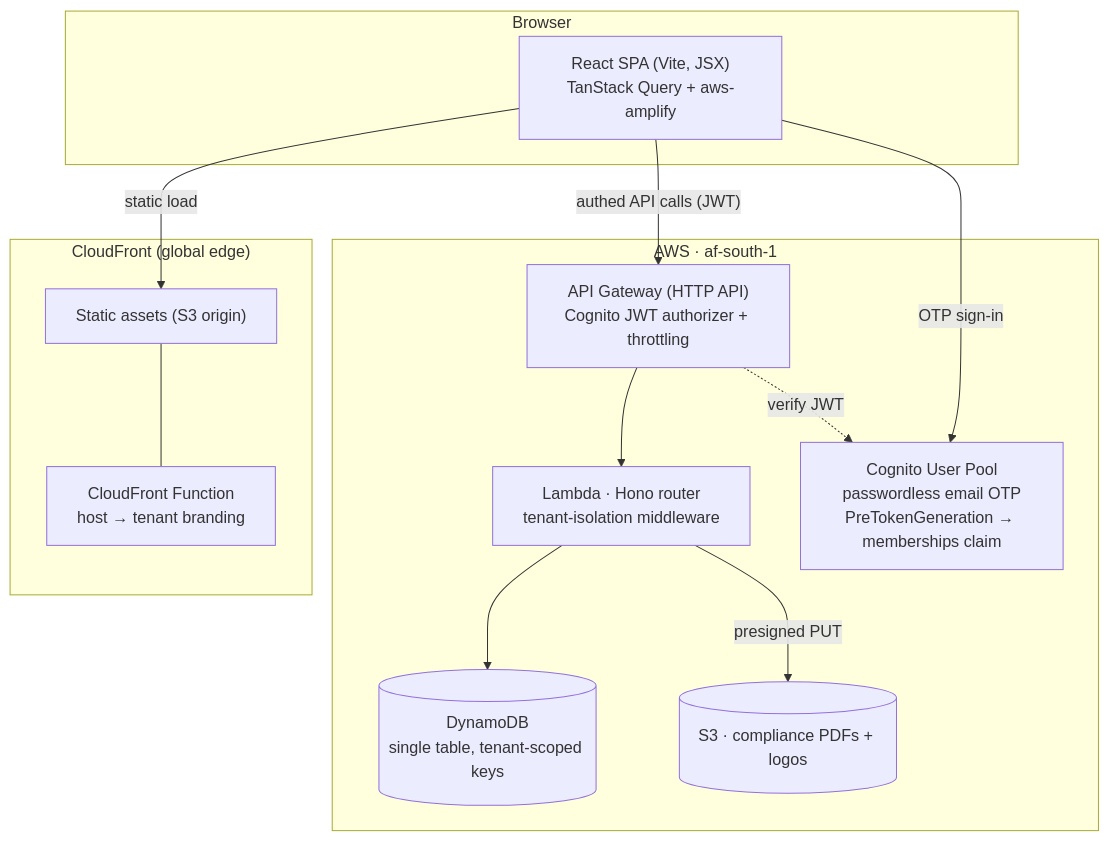
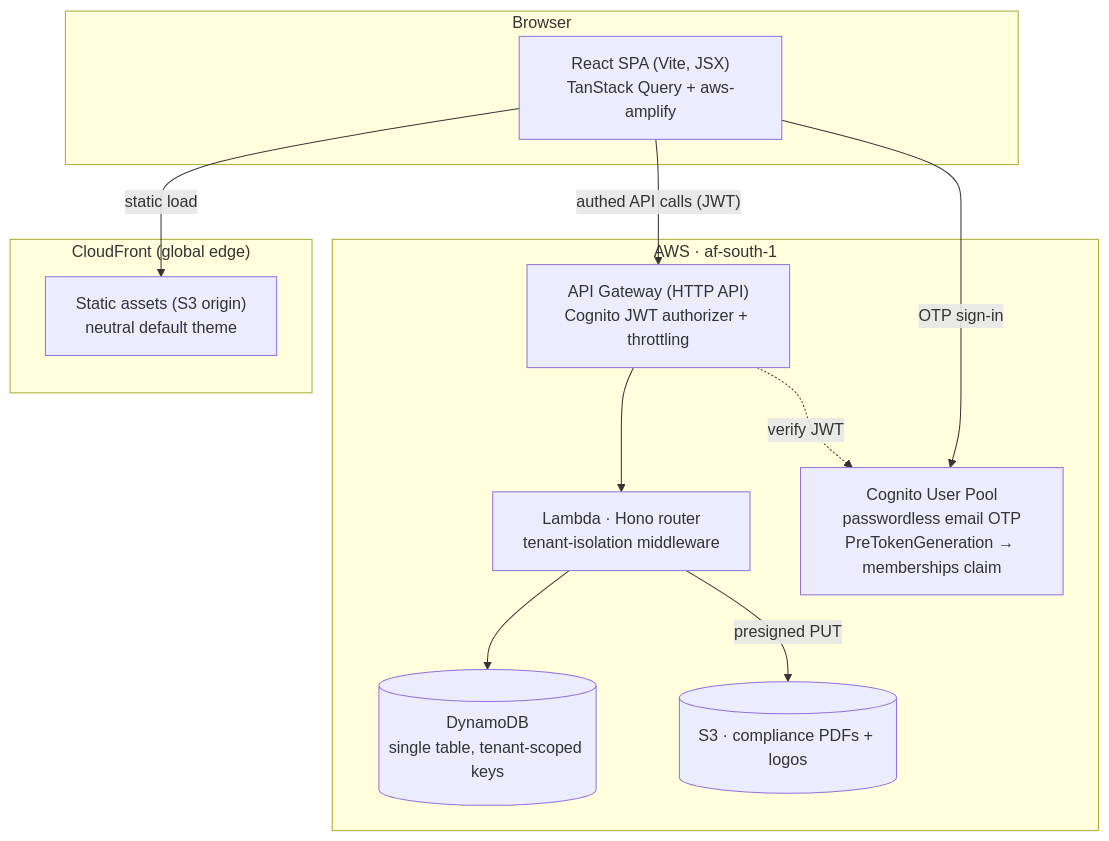
The diagram in docs/architecture/overview.md (Rorschach-Innovation-Services/smart-club-platform), drawn with Mermaid before and after one commit. The commit also changed other lines of this file and 58 other files, not shown here.

````diff
--- a/docs/architecture/overview.md
+++ b/docs/architecture/overview.md
@@ -13,28 +13,26 @@
 ```mermaid
 flowchart TB
     subgraph Browser
         SPA["React SPA (Vite, JSX)<br/>TanStack Query + aws-amplify"]
     end
 
     subgraph Edge["CloudFront (global edge)"]
-        CF["Static assets (S3 origin)"]
-        CFF["CloudFront Function<br/>host → tenant branding"]
+        CF["Static assets (S3 origin)<br/>neutral default theme"]
     end
 
     subgraph AWS["AWS · af-south-1"]
         APIGW["API Gateway (HTTP API)<br/>Cognito JWT authorizer + throttling"]
         L["Lambda · Hono router<br/>tenant-isolation middleware"]
         DDB[("DynamoDB<br/>single table, tenant-scoped keys")]
         S3[("S3 · compliance PDFs + logos")]
         COG["Cognito User Pool<br/>passwordless email OTP<br/>PreTokenGeneration → memberships claim"]
     end
 
     SPA -->|"static load"| CF
-    CF --- CFF
     SPA -->|"authed API calls (JWT)"| APIGW
     APIGW --> L
     L --> DDB
     L -->|"presigned PUT"| S3
     SPA -->|"OTP sign-in"| COG
     APIGW -.->|"verify JWT"| COG
 ```
````
